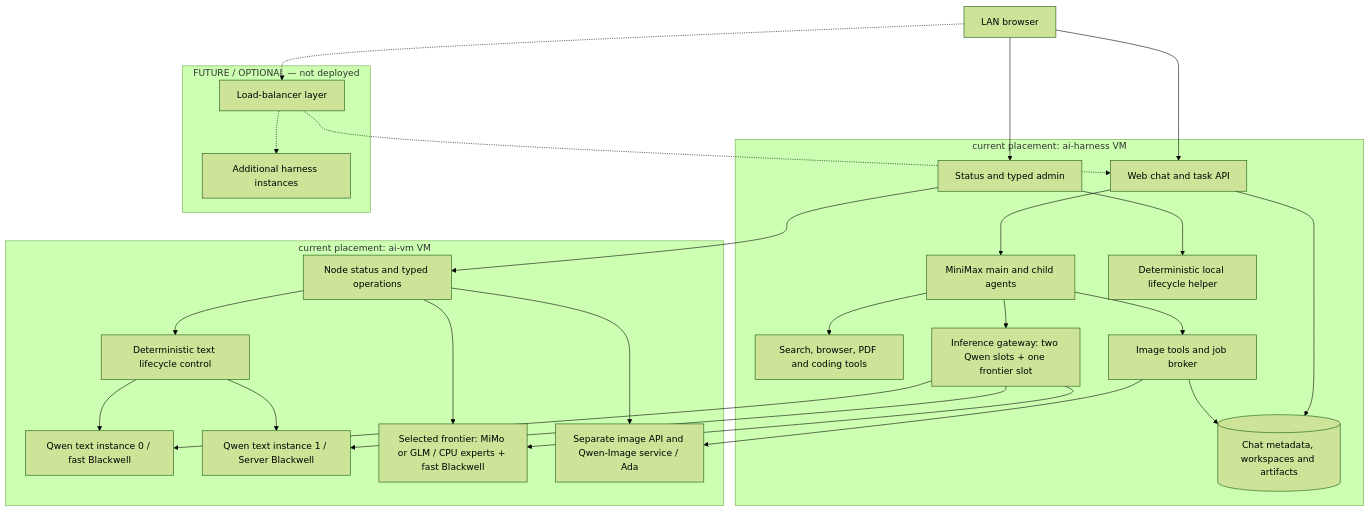
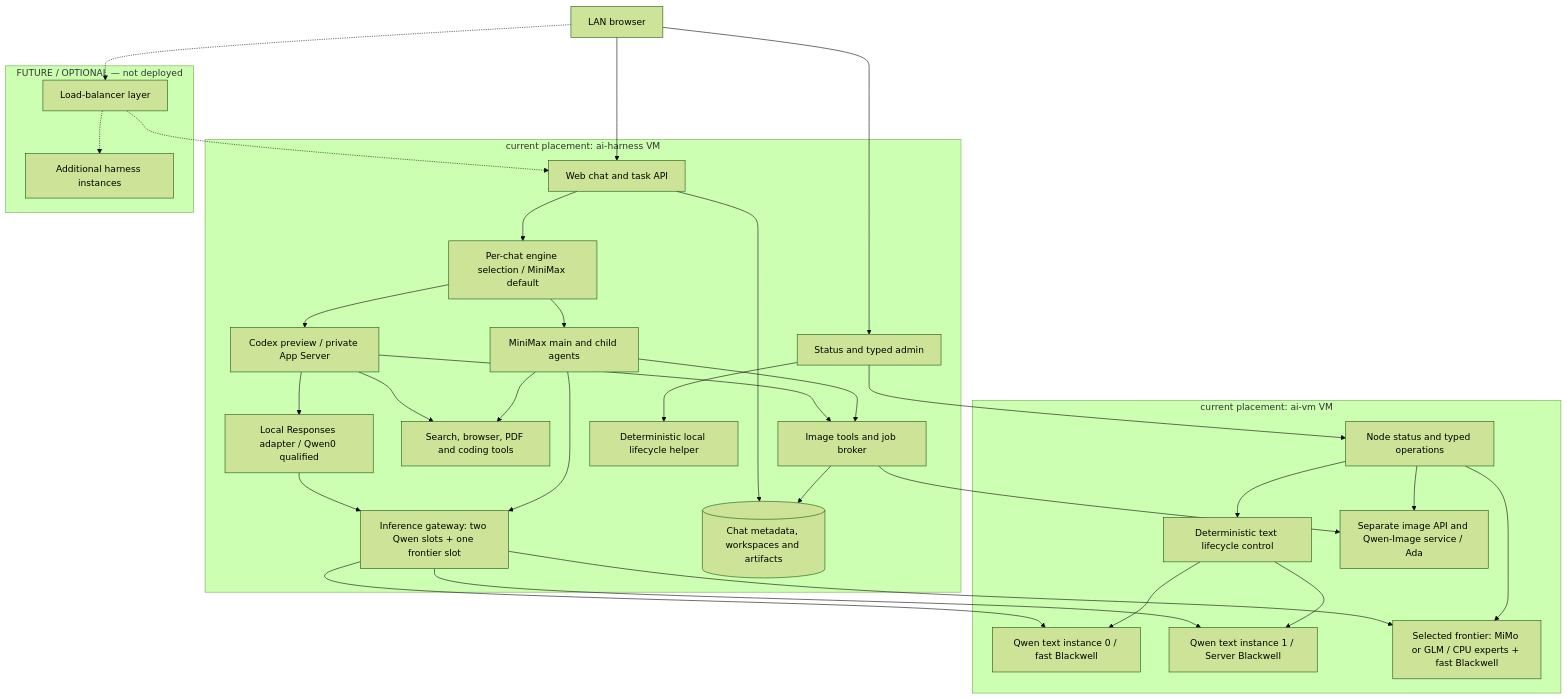
The diagram in README.md (djeZo888/mixed-memory-llm-api-server), drawn with Mermaid (forest theme) before and after one commit. The commit also changed other lines of this file and 6 other files, not shown here.

Commit message:
Record Codex preview deployment and retained acceptance failures

````diff
--- a/README.md
+++ b/README.md
@@ -33,48 +36,57 @@
 ```mermaid
 flowchart TB
     User["LAN browser"]
     subgraph H["current placement: ai-harness VM"]
         Web["Web chat and task API"]
+        Engines["Per-chat engine selection / MiniMax default"]
         Agent["MiniMax main and child agents"]
+        Codex["Codex preview / private App Server"]
+        Responses["Local Responses adapter / Qwen0 qualified"]
         Tools["Search, browser, PDF and coding tools"]
         Gateway["Inference gateway: two Qwen slots + one frontier slot"]
         ImageJobs["Image tools and job broker"]
         Data[("Chat metadata, workspaces and artifacts")]
         Status["Status and typed admin"]
         Helper["Deterministic local lifecycle helper"]
     end
     subgraph M["current placement: ai-vm VM"]
         Node["Node status and typed operations"]
         Control["Deterministic text lifecycle control"]
         Q0["Qwen text instance 0 / fast Blackwell"]
         Q1["Qwen text instance 1 / Server Blackwell"]
         Frontier["Selected frontier: MiMo or GLM / CPU experts + fast Blackwell"]
         Image["Separate image API and Qwen-Image service / Ada"]
     end
     subgraph Future["FUTURE / OPTIONAL — not deployed"]
         LB["Load-balancer layer"]
         Replicas["Additional harness instances"]
     end
     User --> Web
     User --> Status
-    Web --> Agent
+    Web --> Engines
+    Engines --> Agent
+    Engines --> Codex
+    Codex --> Responses
+    Responses --> Gateway
+    Codex --> Tools
+    Codex --> ImageJobs
     Web --> Data
     Agent --> Tools
     Agent --> Gateway
     Agent --> ImageJobs
     ImageJobs --> Data
     Gateway --> Q0
     Gateway --> Q1
     Gateway --> Frontier
     ImageJobs --> Image
     Status --> Node
     Status --> Helper
     Node --> Control
     Node --> Image
     Node --> Frontier
     Control --> Q0
     Control --> Q1
     User -.-> LB
     LB -.-> Web
     LB -.-> Replicas
 ```
````
